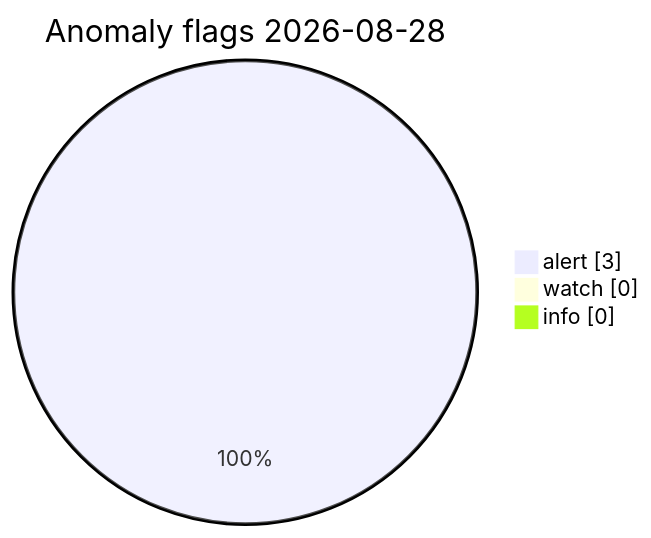
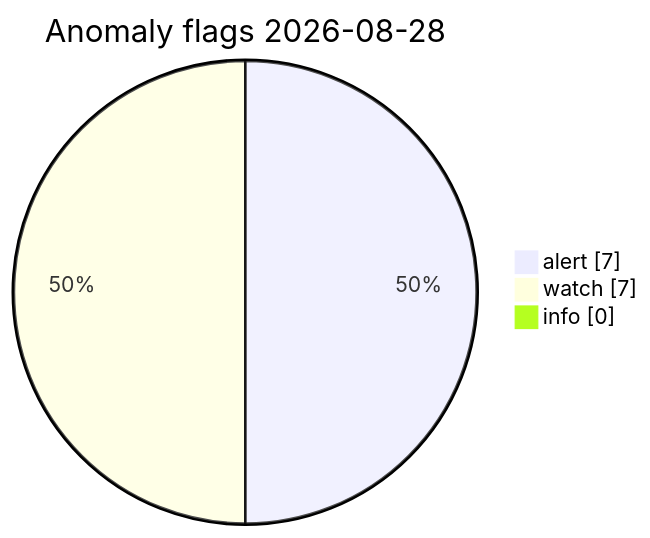
One commit to Midwest-Stratospheric/Unified-Open-Global-Weather changed the diagram in visuals/latest/CHARTS.md. Above: the diagram before and after it, drawn with Mermaid. The commit also changed other lines of this file and 15 other files, not shown here.

Commit message:
data(visuals): automated charts 2026-08-28T21:49Z

````diff
--- a/visuals/latest/CHARTS.md
+++ b/visuals/latest/CHARTS.md
@@ -73,7 +73,7 @@
 ```mermaid
 pie showData
   title Anomaly flags 2026-08-28
-  "alert" : 3
-  "watch" : 0
+  "alert" : 7
+  "watch" : 7
   "info" : 0
 ```
````
